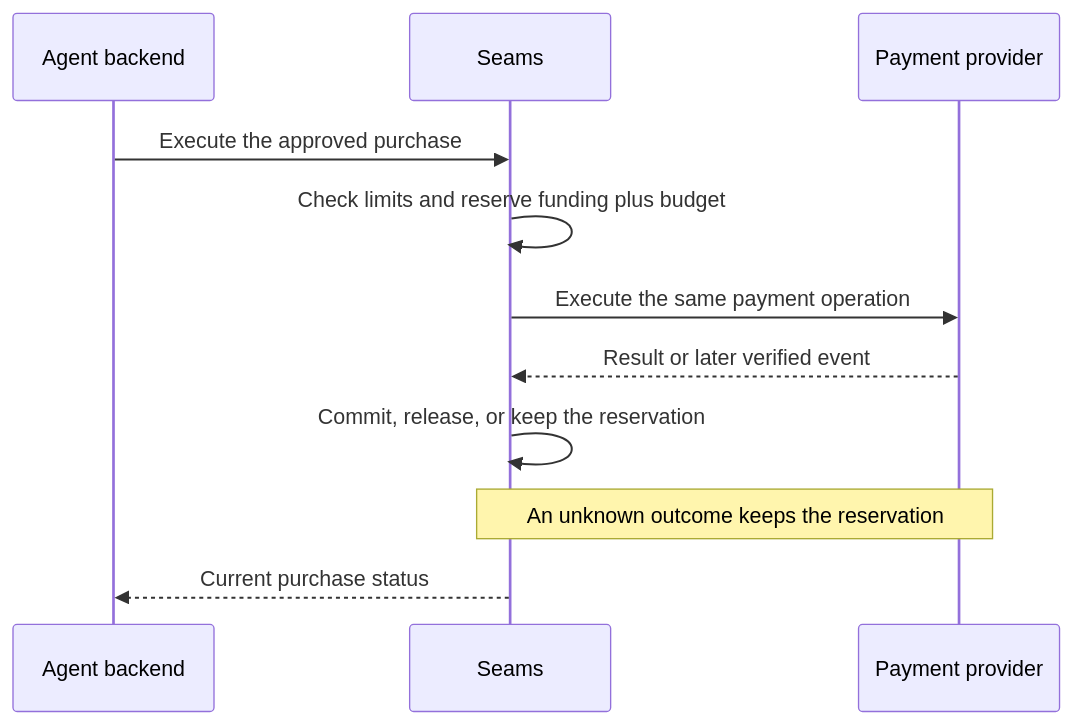
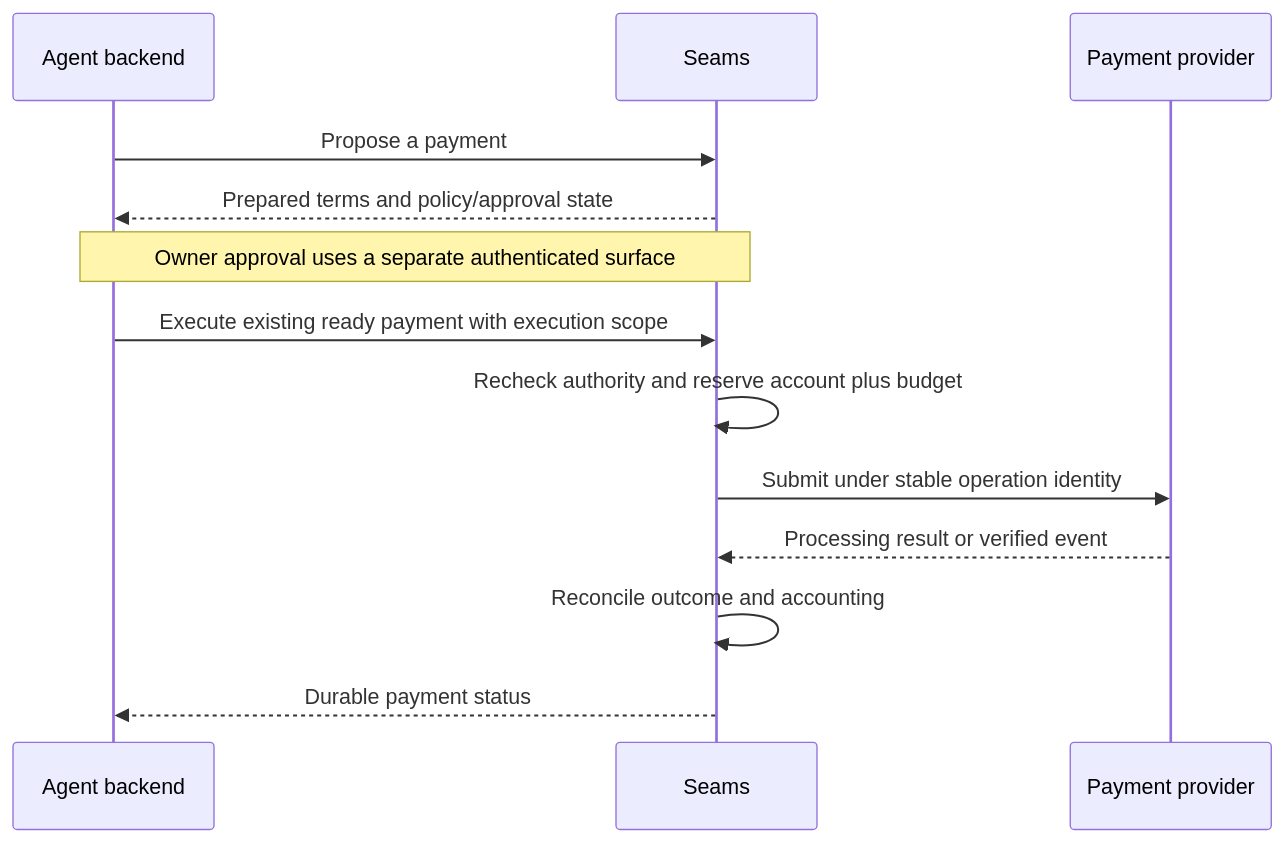
Before and after one commit to seams-tech/seams-wallet: the diagram in docs/spec-8-agent-authority-spending-and-payment-rails.md, drawn with Mermaid. The commit also changed other lines of this file and 6 other files, not shown here.

````diff
--- a/docs/spec-8-agent-authority-spending-and-payment-rails.md
+++ b/docs/spec-8-agent-authority-spending-and-payment-rails.md
@@ -69,13 +80,15 @@
 ```mermaid
 sequenceDiagram
     participant A as Agent backend
     participant S as Seams
     participant P as Payment provider
-    A->>S: Execute the approved purchase
-    S->>S: Check limits and reserve funding plus budget
-    S->>P: Execute the same payment operation
-    P-->>S: Result or later verified event
-    S->>S: Commit, release, or keep the reservation
-    Note over S,P: An unknown outcome keeps the reservation
-    S-->>A: Current purchase status
+    A->>S: Propose a payment
+    S-->>A: Prepared terms and policy/approval state
+    Note over A,S: Owner approval uses a separate authenticated surface
+    A->>S: Execute existing ready payment with execution scope
+    S->>S: Recheck authority and reserve account plus budget
+    S->>P: Submit under stable operation identity
+    P-->>S: Processing result or verified event
+    S->>S: Reconcile outcome and accounting
+    S-->>A: Durable payment status
 ```
````
